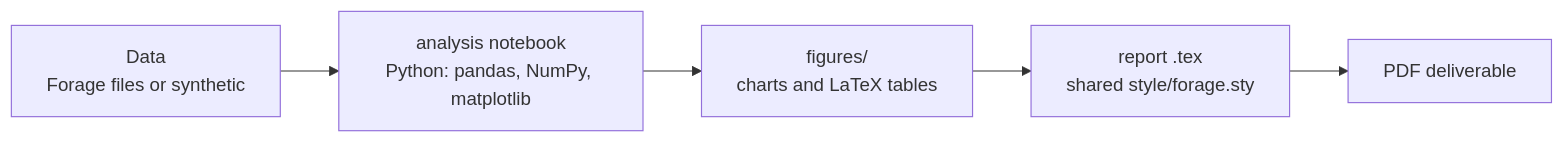
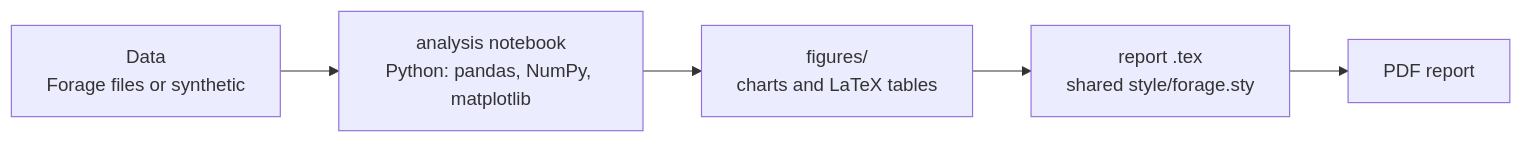
The second of 2 diagrams in README.md (tamezza/Global-Markets-Sales-and-Trading-Analyst), drawn with Mermaid before and after one commit. The commit also changed other lines of this file, not shown here.

Commit message:
README: tidier project diagram

````diff
--- a/README.md
+++ b/README.md
@@ -33,7 +33,7 @@
 ```mermaid
 flowchart LR
     D["Data<br/>Forage files or synthetic"] --> N["analysis notebook<br/>Python: pandas, NumPy, matplotlib"]
     N --> F["figures/<br/>charts and LaTeX tables"]
     F --> T["report .tex<br/>shared style/forage.sty"]
-    T --> P["PDF deliverable"]
+    T --> P["PDF report"]
 ```
````
